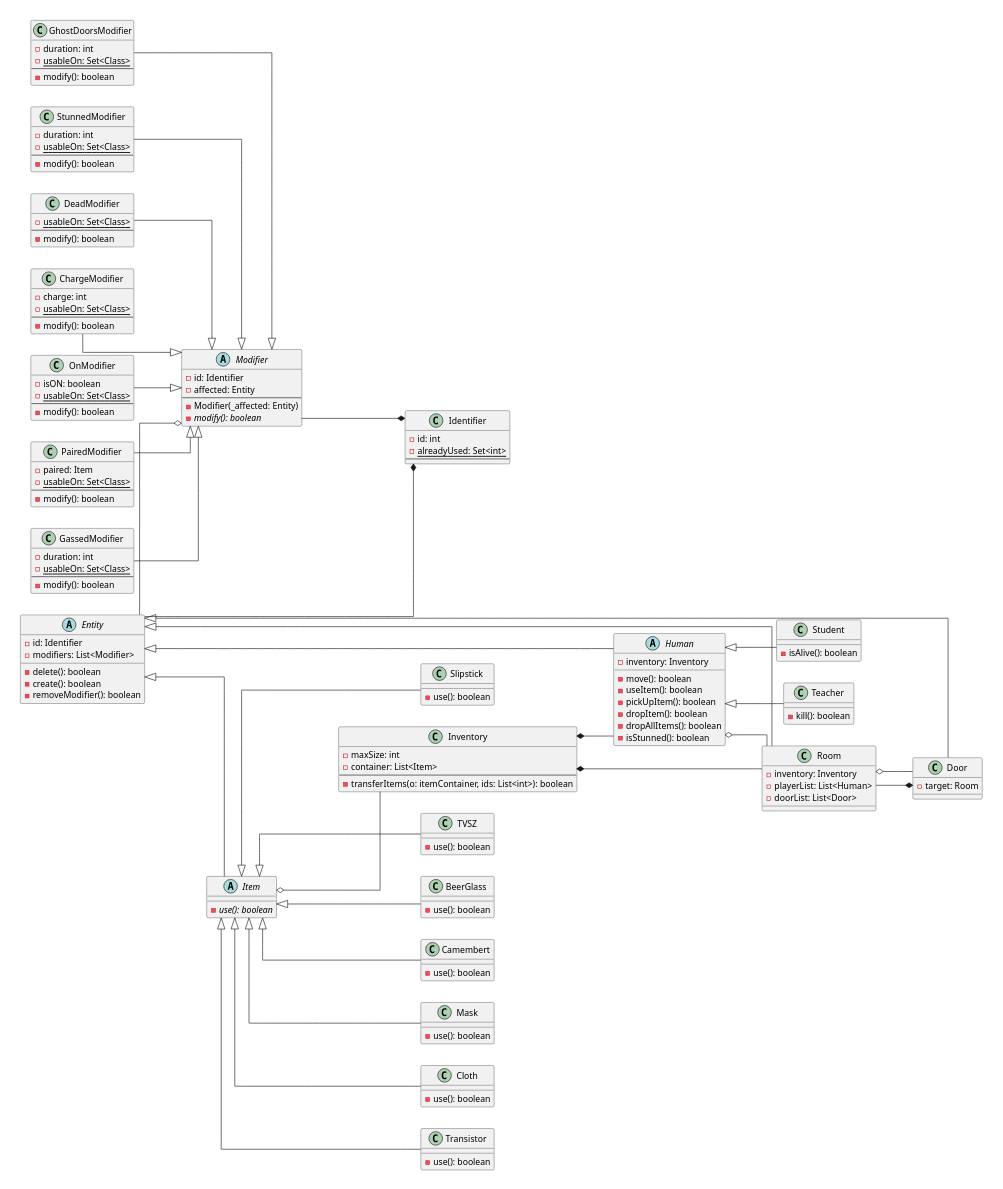
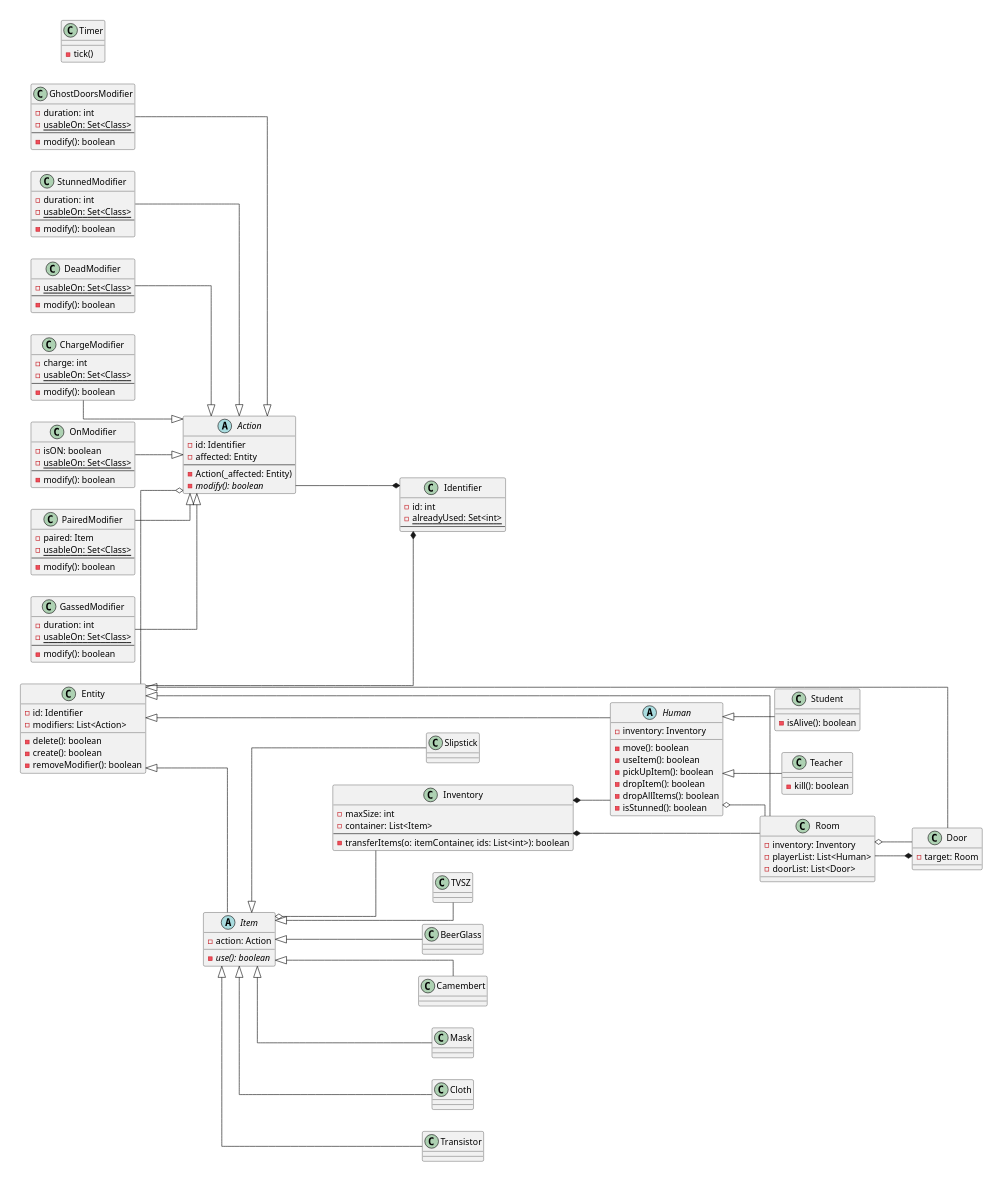
The diagram in resources/class_diagram/basic.puml (MysticMazeEducators/.github), drawn with PlantUML before and after one commit.

Commit message:
basic changes

```diff
--- a/resources/class_diagram/basic.puml
+++ b/resources/class_diagram/basic.puml
@@ -1,173 +1,150 @@
 @startuml
 scale 500 width
 left to right direction
 skinparam linetype ortho
 
 class Identifier{
   -id: int
   -alreadyUsed: Set<int> {static}
   --
 }
 
-abstract class Modifier{
+abstract class Action{
   -id: Identifier
   -affected: Entity
   --
-  -Modifier(_affected: Entity)
+  -Action(_affected: Entity)
   -modify(): boolean {abstract}
 }
 
 'Item modifiers
 class ChargeModifier{
   -charge: int
   -usableOn: Set<Class> {static}
   --
   -modify(): boolean
 }
 
 class OnModifier{
   -isON: boolean
   -usableOn: Set<Class> {static}
   --
   -modify(): boolean
 }
 
 class PairedModifier{
   -paired: Item
   -usableOn: Set<Class> {static}
   --
   -modify(): boolean
 }
 
 'Room modifiers
 class GassedModifier{
   -duration: int
   -usableOn: Set<Class> {static}
   --
   -modify(): boolean
 }
 
 class GhostDoorsModifier{
   -duration: int
   -usableOn: Set<Class> {static}
   --
   -modify(): boolean
 }
 
 
 'Human modifiers
 class StunnedModifier{
   -duration: int
   -usableOn: Set<Class> {static}
   --
   -modify(): boolean
 }
 
 class DeadModifier{
   -usableOn: Set<Class> {static}
   --
   -modify(): boolean
 }
 
-abstract class Entity{
+class Entity{
   -id: Identifier
-  -modifiers: List<Modifier>
+  -modifiers: List<Action>
   __
   -delete(): boolean
   -create(): boolean
   -removeModifier(): boolean
 }
 
 abstract class Human{
   -inventory: Inventory
   __
   -move(): boolean
   -useItem(): boolean
   -pickUpItem(): boolean
   -dropItem(): boolean
   -dropAllItems(): boolean
   -isStunned(): boolean
 }
 class Student{
   -isAlive(): boolean
 }
 class Teacher{
   -kill(): boolean
 }
 abstract class Item{
+  -action: Action
+  __
   -use(): boolean {abstract}
-}
-class TVSZ{
-  __
-  -use(): boolean
-}
-class BeerGlass{
-  __
-  -use(): boolean
-}
-class Camembert{
-  __
-  -use(): boolean
-}
-class Mask{
-  __
-  -use(): boolean
-}
-class Cloth{
-  __
-  -use(): boolean
-}
-class Transistor{
-  __
-  -use(): boolean
-}
-class Slipstick{
-  __
-  -use(): boolean
 }
 class Door{
   -target: Room
 }
 class Room{
  -inventory: Inventory
  -playerList: List<Human>
  -doorList: List<Door>
 }
 class Inventory{
  -maxSize: int
  -container: List<Item>
  --
  -transferItems(o: itemContainer, ids: List<int>): boolean
 }
+class Timer{
+  -tick()
+}
 
-ChargeModifier --|> Modifier
-OnModifier --|> Modifier
-GassedModifier --|> Modifier
-GhostDoorsModifier --|> Modifier
-StunnedModifier --|> Modifier
-DeadModifier --|> Modifier
-PairedModifier --|> Modifier
+ChargeModifier --|> Action
+OnModifier --|> Action
+GassedModifier --|> Action
+GhostDoorsModifier --|> Action
+StunnedModifier --|> Action
+DeadModifier --|> Action
+PairedModifier --|> Action
 
-Modifier --* Identifier
+Action --* Identifier
 Entity --* Identifier
-Entity --o Modifier
+Entity --o Action
 Entity <|-- Human
 Entity <|-- Item
 Entity <|-- Room
 Entity <|-- Door
 Human <|-- Student
 Human <|-- Teacher
 Inventory *-- Human
 Inventory *-- Room
 Item <|-- TVSZ
 Item <|-- BeerGlass
 Item <|-- Camembert
 Item <|-- Mask
 Item <|-- Cloth
 Item <|-- Transistor
 Item <|-- Slipstick
 Item o-- Inventory
 Door *-- Room
 Room o-- Door
 Human o-- Room
 @enduml
```
